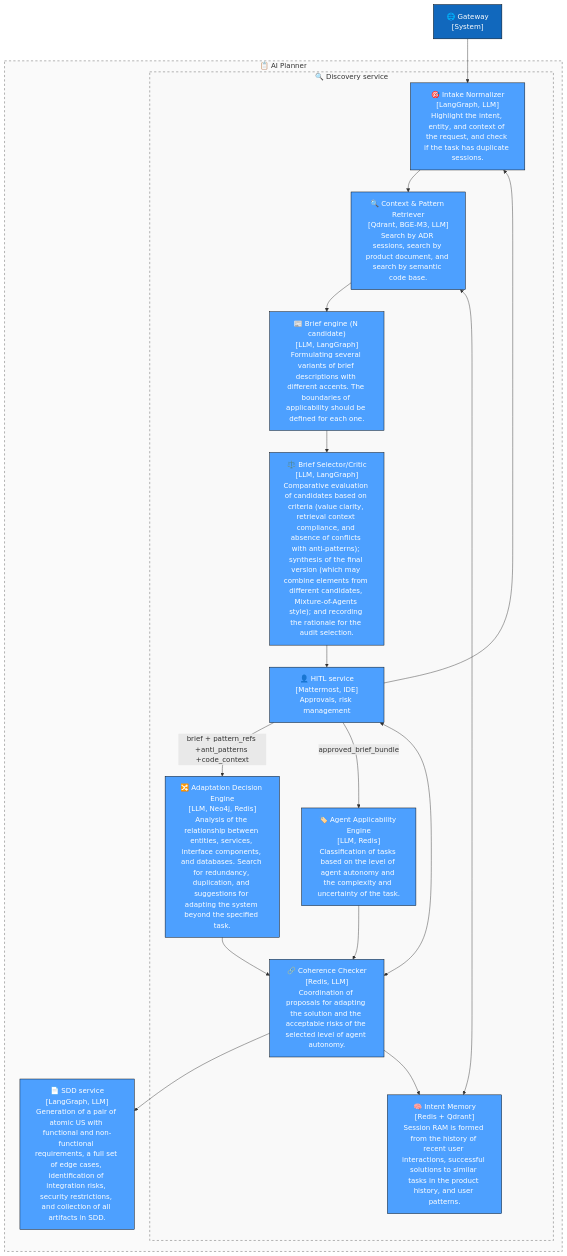
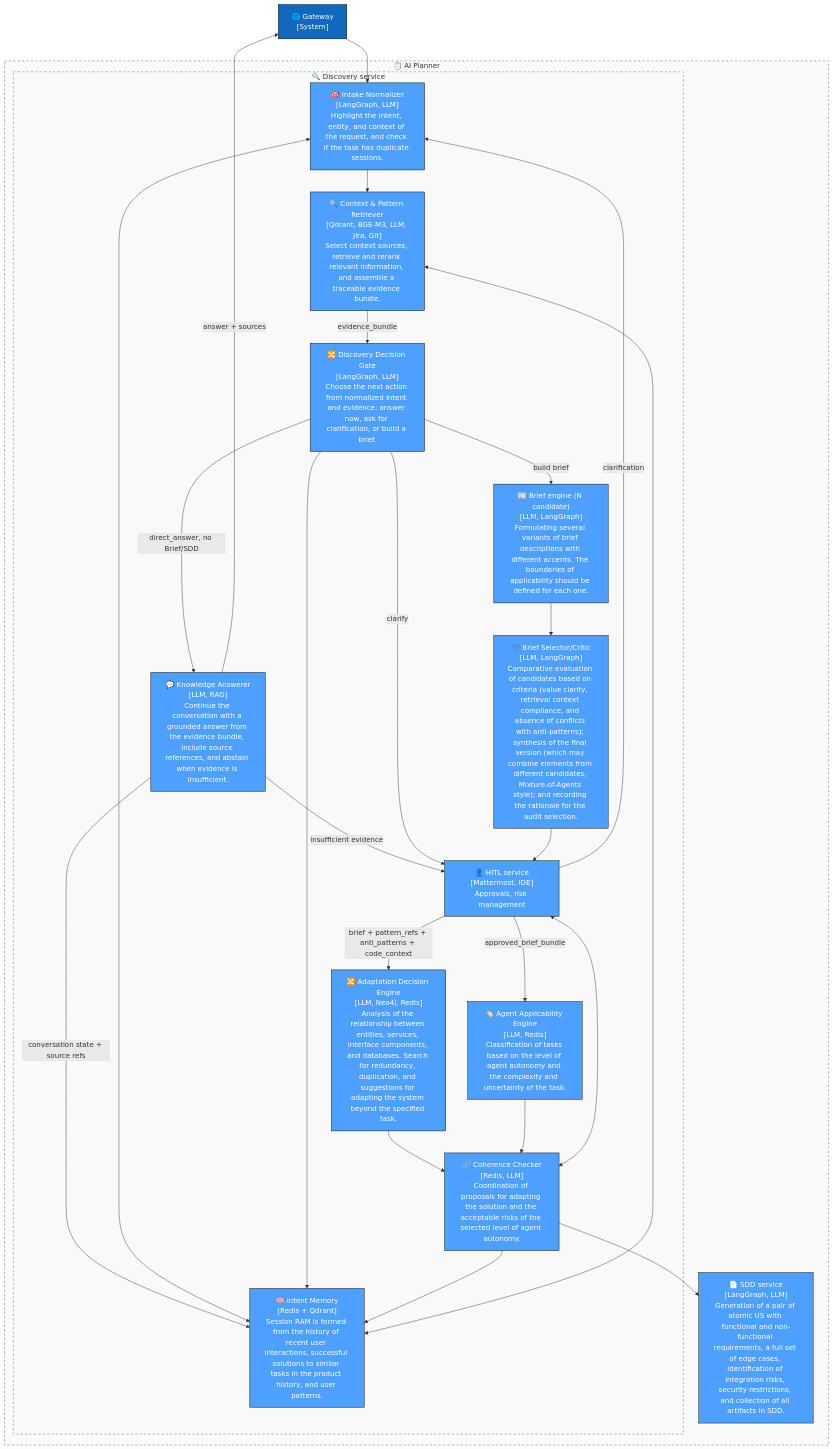
The diagram in c4schemes_main/component_discovery.mmd (Kir-Za/MAS), drawn with Mermaid before and after one commit.

Commit message:
Add conversational discovery response path

```diff
--- a/c4schemes_main/component_discovery.mmd
+++ b/c4schemes_main/component_discovery.mmd
@@ -1,37 +1,50 @@
 flowchart TD
     classDef actor fill:#08427b,stroke:#000,color:#fff,stroke-width:2px;
     classDef system fill:#1168bd,stroke:#000,color:#fff;
     classDef container fill:#4DA0FF,stroke:#000,color:#fff;
     classDef external fill:#999,stroke:#333,color:#fff;
 
     gateway["🌐 Gateway<br/>[System]"]:::system
 
     subgraph group_internal_0["📋 AI Planner"]
 
         subgraph group_internal_1["🔍 Discovery service"]
             intake["🎯 Intake Normalizer<br/>[LangGraph, LLM]<br/>Highlight the intent, entity, and context of the request, and check if the task has duplicate sessions."]:::container
-            retriever["🔍 Context & Pattern Retriever<br/>[Qdrant, BGE-M3, LLM]<br/>Search by ADR sessions, search by product document, and search by semantic code base."]:::container
+            retriever["🔍 Context & Pattern Retriever<br/>[Qdrant, BGE-M3, LLM, Jira, Git]<br/>Select context sources, retrieve and rerank relevant information, and assemble a traceable evidence bundle."]:::container
             intent_mem["🧠 Intent Memory<br/>[Redis + Qdrant]<br/>Session RAM is formed from the history of recent user interactions, successful solutions to similar tasks in the product history, and user patterns."]:::container
+            decision["🔀 Discovery Decision Gate<br/>[LangGraph, LLM]<br/>Choose the next action from normalized intent and evidence: answer now, ask for clarification, or build a brief."]:::container
+            answerer["💬 Knowledge Answerer<br/>[LLM, RAG]<br/>Continue the conversation with a grounded answer from the evidence bundle, include source references, and abstain when evidence is insufficient."]:::container
             brief["📰 Brief engine (N candidate)<br/>[LLM, LangGraph]<br/>Formulating several variants of brief descriptions with different accents. The boundaries of applicability should be defined for each one."]:::container
             brief_critic["⚖️ Brief Selector/Critic<br/>[LLM, LangGraph]<br/>Comparative evaluation of candidates based on criteria (value clarity, retrieval context compliance, and absence of conflicts with anti-patterns); synthesis of the final version (which may combine elements from different candidates, Mixture-of-Agents style); and recording the rationale for the audit selection."]:::container
             hitl["👤 HITL service<br/>[Mattermost, IDE]<br/>Approvals, risk management"]:::container
             adapt["🔀 Adaptation Decision Engine<br/>[LLM, Neo4j, Redis]<br/>Analysis of the relationship between entities, services, interface components, and databases. Search for redundancy, duplication, and suggestions for adapting the system beyond the specified task."]:::container
             applic["🏷️ Agent Applicability Engine<br/>[LLM, Redis]<br/>Classification of tasks based on the level of agent autonomy and the complexity and uncertainty of the task."]:::container
             coherence["🔗 Coherence Checker<br/>[Redis, LLM]<br/>Coordination of proposals for adapting the solution and the acceptable risks of the selected level of agent autonomy."]:::container
         end
 
     sdd["📄 SDD service<br/>[LangGraph, LLM]<br/>Generation of a pair of atomic US with functional and non-functional requirements, a full set of edge cases, identification of integration risks, security restrictions, and collection of all artifacts in SDD."]:::container
 
     end 
 
-    gateway --> intake --> retriever --> brief --> brief_critic --> hitl
-    hitl -->|brief + pattern_refs +anti_patterns +code_context| adapt --> coherence --> sdd
+    gateway --> intake --> retriever
+    retriever -->|evidence_bundle| decision
+
+    decision -->|direct_answer, no Brief/SDD| answerer
+    answerer -->|answer + sources| gateway
+    answerer -->|conversation state + source refs| intent_mem
+    answerer -->|insufficient evidence| hitl
+    decision -->|clarify| hitl
+    decision -->|build brief| brief --> brief_critic --> hitl
+
+    hitl -->|brief + pattern_refs + anti_patterns + code_context| adapt --> coherence --> sdd
     intent_mem <--> retriever
+    intake <--> intent_mem
+    decision --> intent_mem
     coherence --> intent_mem
     applic --> coherence
     hitl -->|approved_brief_bundle| applic
-    hitl --> intake
+    hitl -->|clarification| intake
     hitl <--> coherence
     
     style group_internal_0 stroke:#555,stroke-dasharray: 5 5,fill:#f9f9f9,fill-opacity:0.8;
     style group_internal_1 stroke:#555,stroke-dasharray: 5 5,fill:#f9f9f9,fill-opacity:0.8;
```
